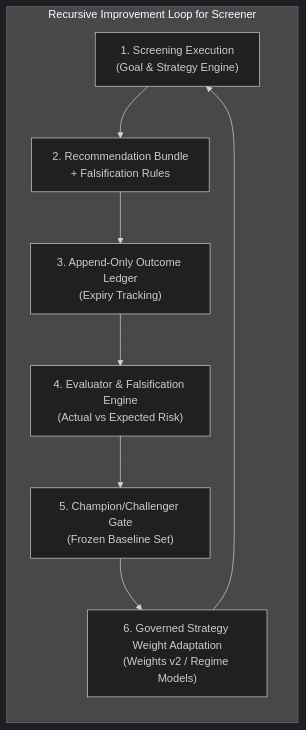
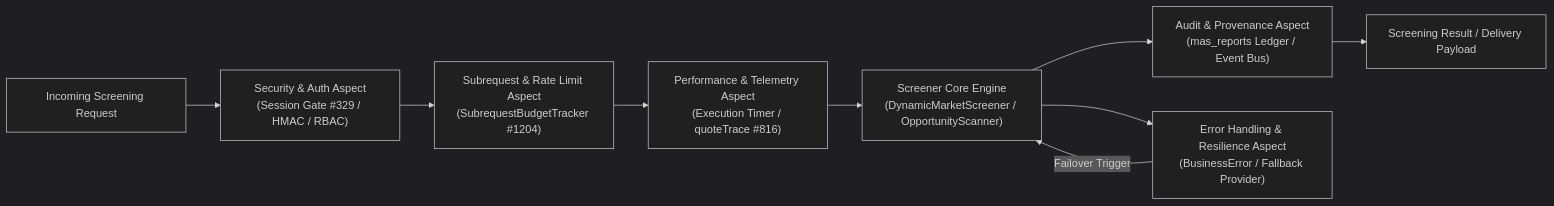
The fourth of 6 diagrams in docs/architecture/application/screener.md (OpenAIMP/cfagent), drawn with Mermaid (dark theme) before and after one commit. The commit also changed other lines of this file, not shown here.

Commit message:
docs: expand screener architecture specification

````diff
--- a/docs/architecture/application/screener.md
+++ b/docs/architecture/application/screener.md
@@ -236,11 +334,11 @@
 ```mermaid
 flowchart LR
-    subgraph RSI_Loop ["Recursive Improvement Loop for Screener"]
-        A["1. Screening Execution\n(Goal & Strategy Engine)"] --> B["2. Recommendation Bundle\n+ Falsification Rules"]
-        B --> C["3. Append-Only Outcome Ledger\n(Expiry Tracking)"]
-        C --> D["4. Evaluator & Falsification Engine\n(Actual vs Expected Risk)"]
-        D --> E["5. Champion/Challenger Gate\n(Frozen Baseline Set)"]
-        E --> F["6. Governed Strategy Weight Adaptation\n(Weights v2 / Regime Models)"]
-        F --> A
-    end
+    Req["Incoming Screening Request"] --> A_Auth["Security & Auth Aspect\n(Session Gate #329 / HMAC / RBAC)"]
+    A_Auth --> A_Rate["Subrequest & Rate Limit Aspect\n(SubrequestBudgetTracker #1204)"]
+    A_Rate --> A_Perf["Performance & Telemetry Aspect\n(Execution Timer / quoteTrace #816)"]
+    A_Perf --> Core["Screener Core Engine\n(DynamicMarketScreener / OpportunityScanner)"]
+    Core --> A_Audit["Audit & Provenance Aspect\n(mas_reports Ledger / Event Bus)"]
+    Core --> A_Err["Error Handling & Resilience Aspect\n(BusinessError / Fallback Provider)"]
+    A_Audit --> Resp["Screening Result / Delivery Payload"]
+    A_Err -- "Failover Trigger" --> Core
 ```
````
